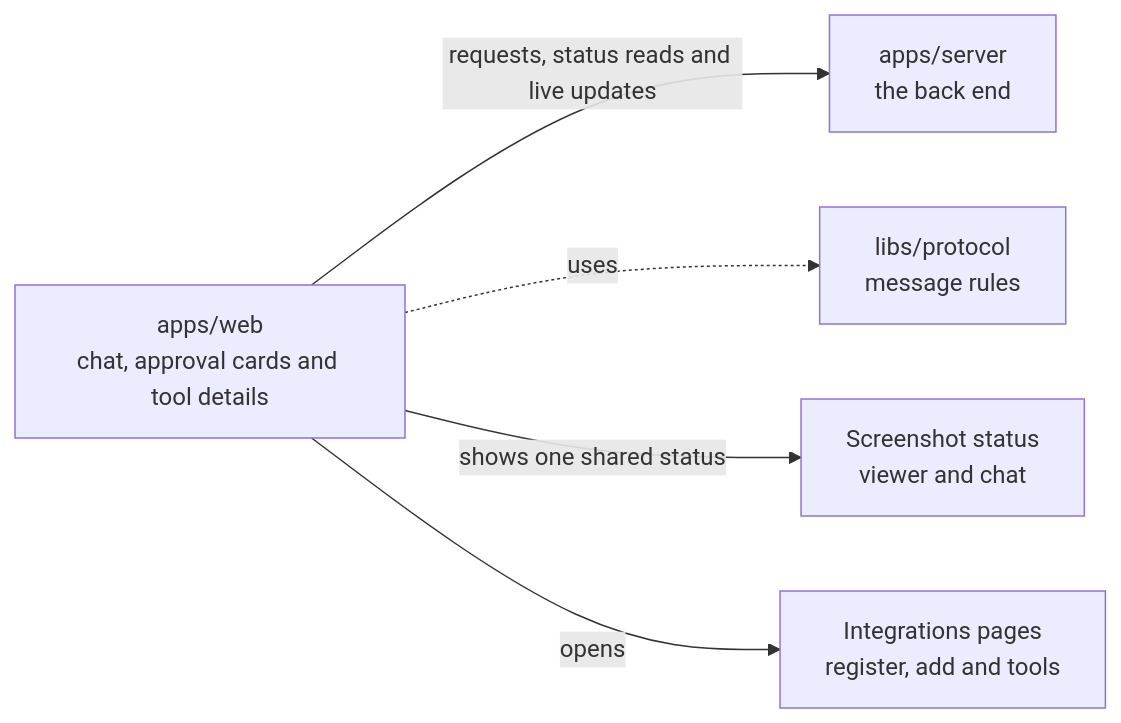
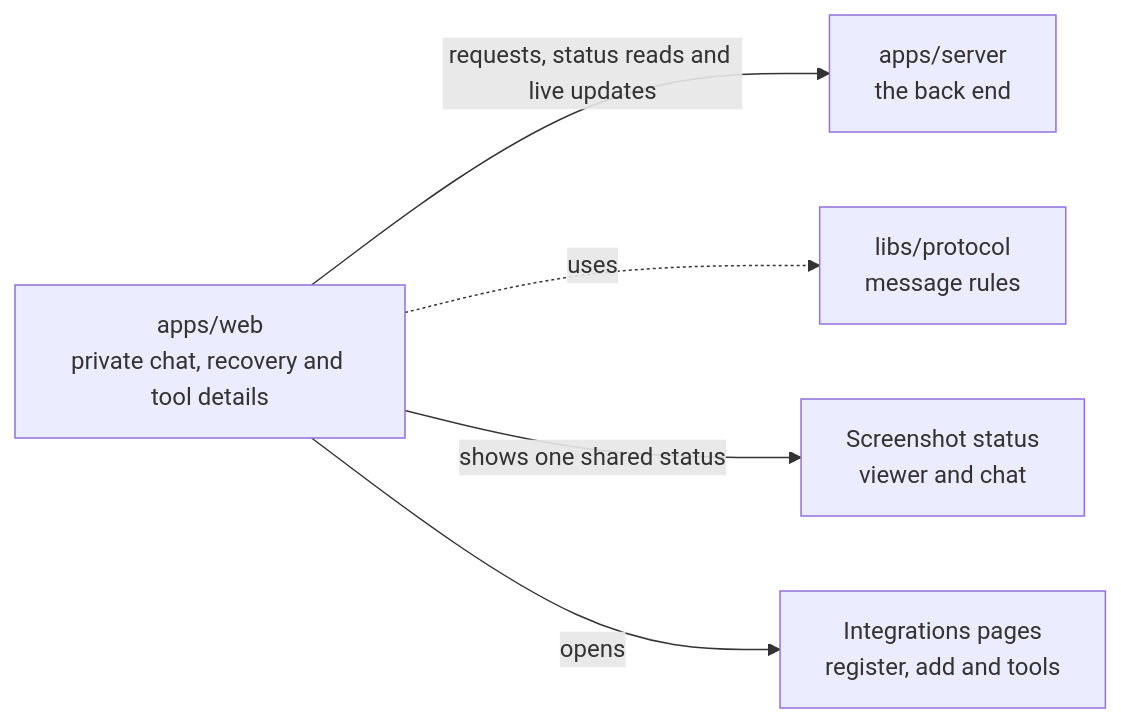
Before and after one commit to elewa-git/opencrane-new: the diagram in apps/web/README.md, drawn with Mermaid. The commit also changed other lines of this file and 56 other files, not shown here.

Commit message:
🐛 Keep chat modes and recovery notices truthful

````diff
--- a/apps/web/README.md
+++ b/apps/web/README.md
@@ -11,7 +11,7 @@
 ```mermaid
 flowchart LR
-  web["apps/web<br/>chat, approval cards and tool details"] -->|requests, status reads and live updates| server["apps/server<br/>the back end"]
+  web["apps/web<br/>private chat, recovery and tool details"] -->|requests, status reads and live updates| server["apps/server<br/>the back end"]
   web -.->|uses| protocol["libs/protocol<br/>message rules"]
   web -->|shows one shared status| capture["Screenshot status<br/>viewer and chat"]
   web -->|opens| integrations["Integrations pages<br/>register, add and tools"]
 ```
````
